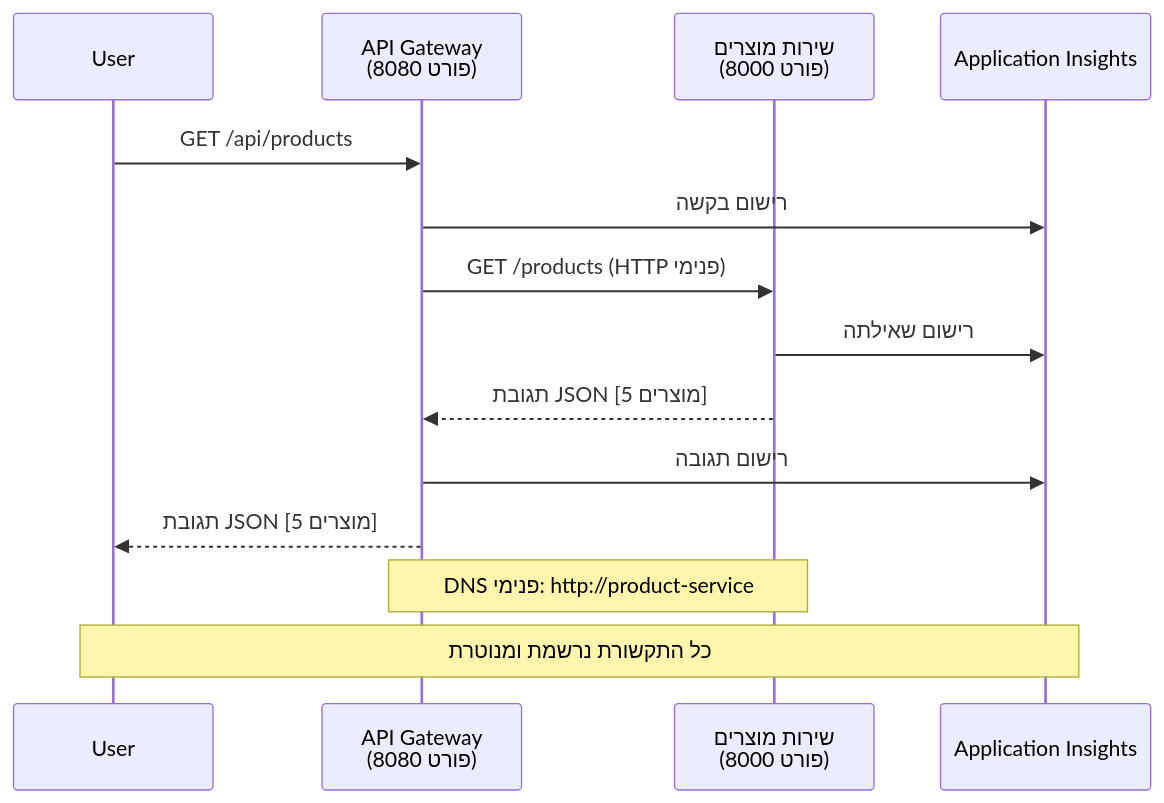
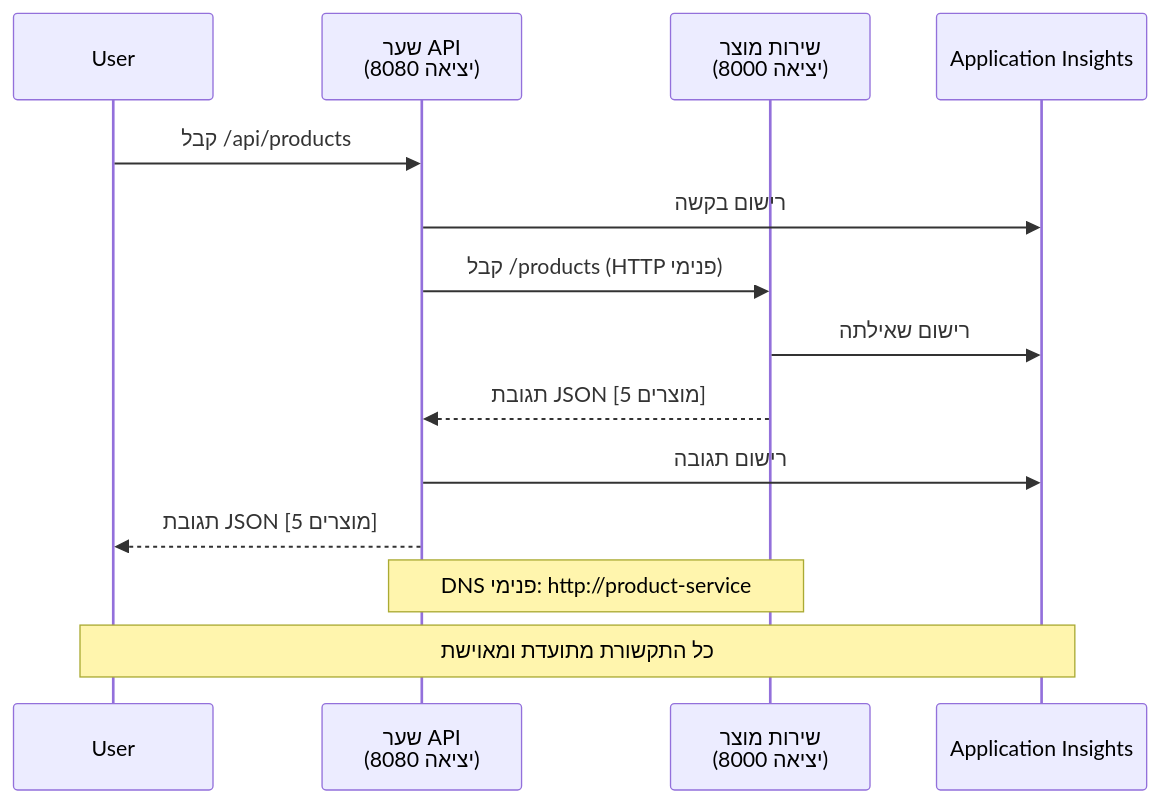
The fourth of 4 diagrams in translations/he/examples/microservices/README.md (microsoft/AZD-for-beginners), drawn with Mermaid before and after one commit. The commit also changed other lines of this file and 242 other files, not shown here.

````diff
--- a/translations/he/examples/microservices/README.md
+++ b/translations/he/examples/microservices/README.md
@@ -432,18 +423,18 @@
 ```mermaid
 sequenceDiagram
     participant User
-    participant Gateway as API Gateway<br/>(פורט 8080)
-    participant Product as שירות מוצרים<br/>(פורט 8000)
+    participant Gateway as שער API<br/>(יציאה 8080)
+    participant Product as שירות מוצר<br/>(יציאה 8000)
     participant AI as Application Insights
     
-    User->>Gateway: GET /api/products
+    User->>Gateway: קבל /api/products
     Gateway->>AI: רישום בקשה
-    Gateway->>Product: GET /products (HTTP פנימי)
+    Gateway->>Product: קבל /products (HTTP פנימי)
     Product->>AI: רישום שאילתה
     Product-->>Gateway: תגובת JSON [5 מוצרים]
     Gateway->>AI: רישום תגובה
     Gateway-->>User: תגובת JSON [5 מוצרים]
     
     Note over Gateway,Product: DNS פנימי: http://product-service
-    Note over User,AI: כל התקשורת נרשמת ומנוטרת
+    Note over User,AI: כל התקשורת מתועדת ומאוישת
 ```
````
